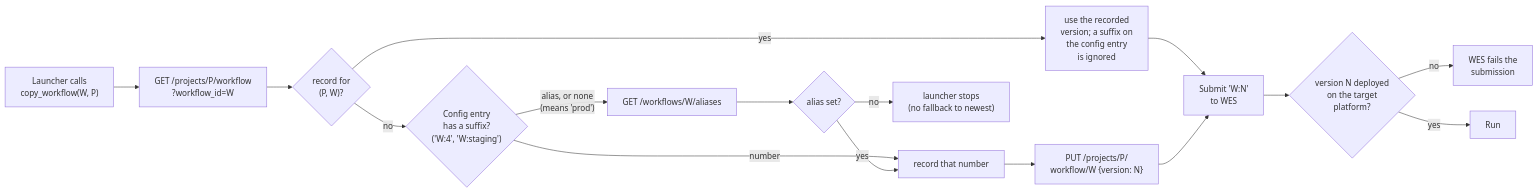
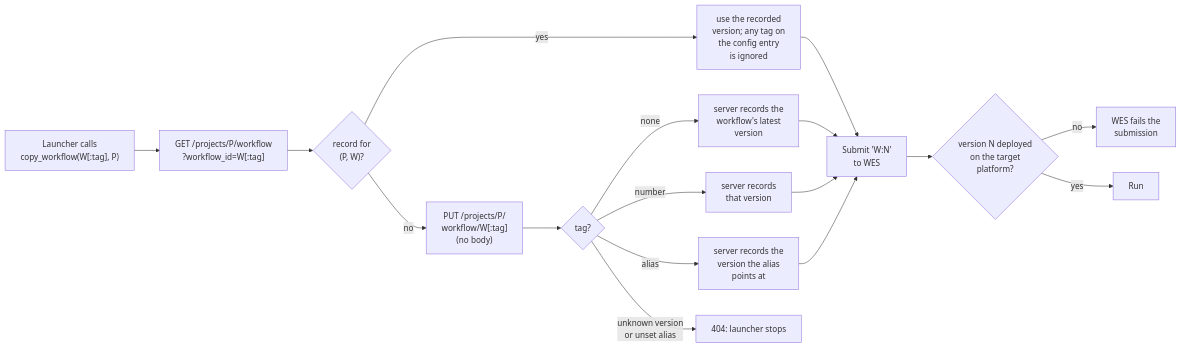
The fourth of 9 diagrams in docs/WORKFLOWS_AND_PIPELINES.md (NGS360/APIServer), drawn with Mermaid before and after one commit. The commit also changed other lines of this file, not shown here.

````diff
--- a/docs/WORKFLOWS_AND_PIPELINES.md
+++ b/docs/WORKFLOWS_AND_PIPELINES.md
@@ -126,18 +126,17 @@
 ```mermaid
 %%{init: {"flowchart": {"wrappingWidth": 400}}}%%
 flowchart LR
-    START["Launcher calls<br/>copy_workflow(W, P)"] --> GET["GET /projects/P/workflow<br/>?workflow_id=W"]
+    START["Launcher calls<br/>copy_workflow(W[:tag], P)"] --> GET["GET /projects/P/workflow<br/>?workflow_id=W[:tag]"]
     GET --> HAS{"record for<br/>(P, W)?"}
-    HAS -- yes --> OLD["use the recorded<br/>version; a suffix on<br/>the config entry<br/>is ignored"]
-    HAS -- no --> SUF{"Config entry<br/>has a suffix?<br/>('W:4', 'W:staging')"}
-    SUF -- "number" --> NUM["record that number"]
-    SUF -- "alias, or none<br/>(means 'prod')" --> AL["GET /workflows/W/aliases"]
-    AL --> PROD{"alias set?"}
-    PROD -- no --> F404["launcher stops<br/>(no fallback to newest)"]
-    PROD -- yes --> NUM
-    NUM --> NEW["PUT /projects/P/<br/>workflow/W {version: N}"]
-    OLD & NEW --> SUB["Submit 'W:N'<br/>to WES"]
+    HAS -- yes --> OLD["use the recorded<br/>version; any tag on<br/>the config entry<br/>is ignored"]
+    HAS -- no --> NEW["PUT /projects/P/<br/>workflow/W[:tag]<br/>(no body)"]
+    NEW --> TAG{"tag?"}
+    TAG -- "none" --> LATEST["server records the<br/>workflow's latest<br/>version"]
+    TAG -- "number" --> NUM["server records<br/>that version"]
+    TAG -- "alias" --> AL["server records the<br/>version the alias<br/>points at"]
+    TAG -- "unknown version<br/>or unset alias" --> F404["404: launcher stops"]
+    OLD & LATEST & NUM & AL --> SUB["Submit 'W:N'<br/>to WES"]
     SUB --> DEPL{"version N deployed<br/>on the target<br/>platform?"}
     DEPL -- no --> FSUB["WES fails the<br/>submission"]
     DEPL -- yes --> RUN["Run"]
 ```
````
